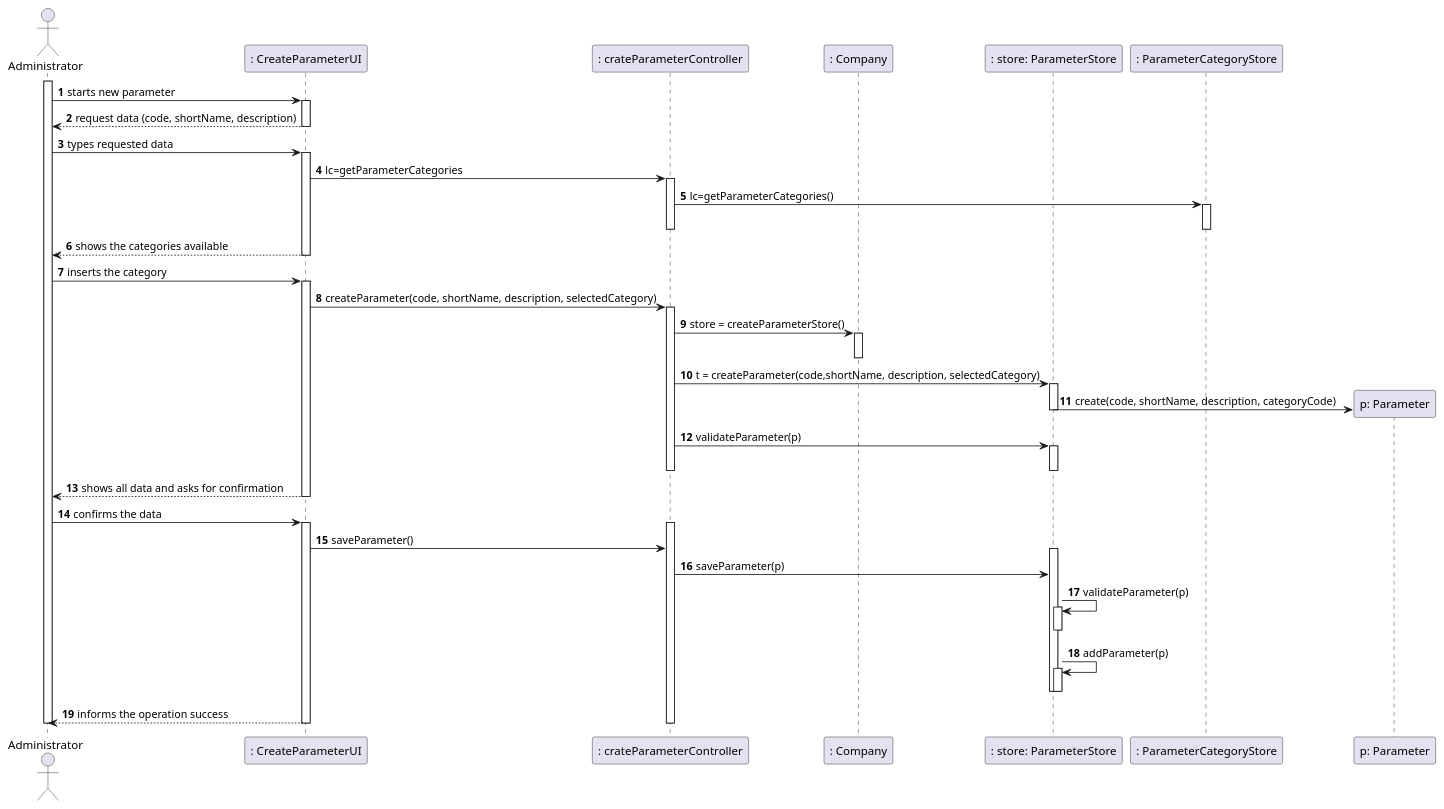
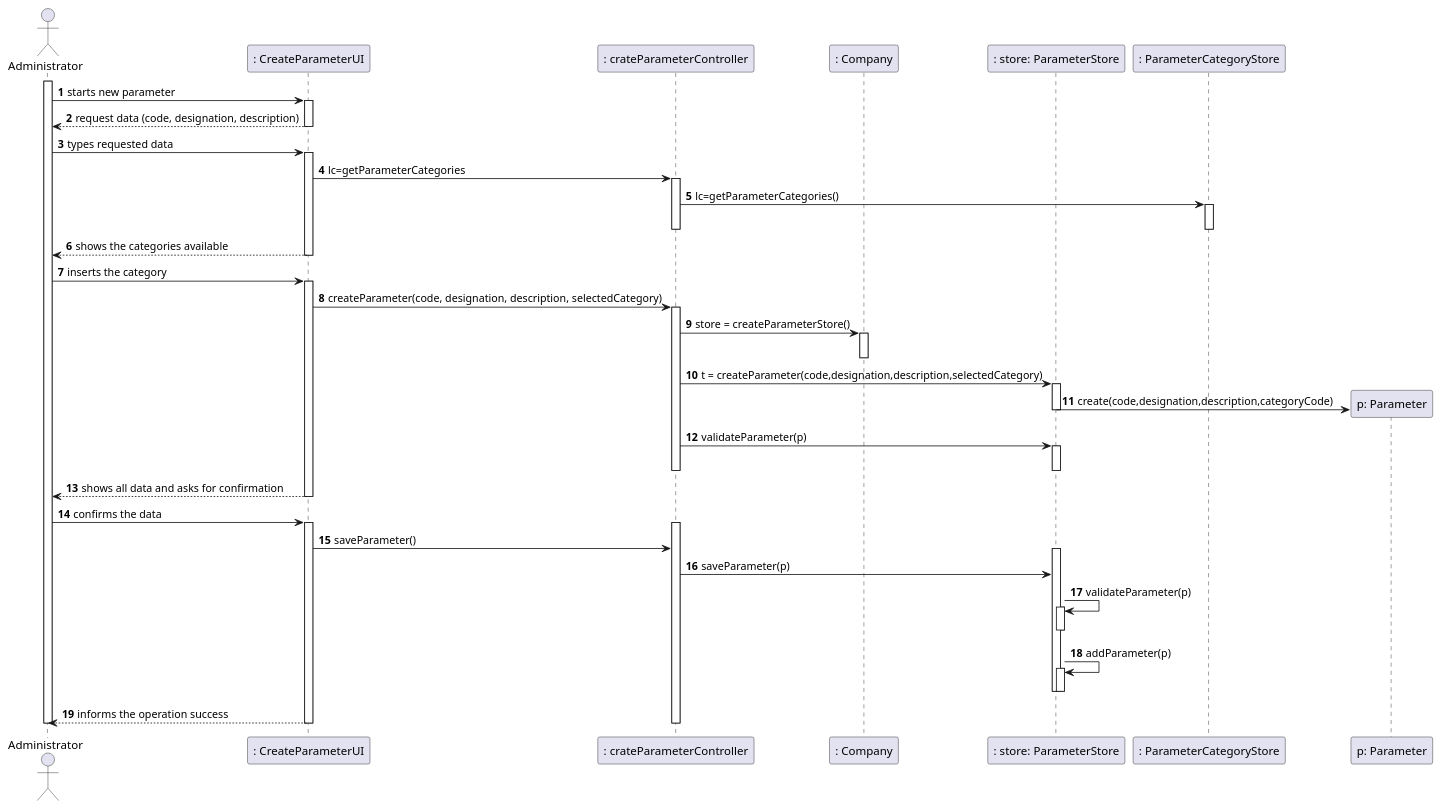
The diagram in docs/SprintB/US10/US10_SD.puml (manu-07-ela/LAPR2_ISEP), drawn with PlantUML before and after one commit. The commit also changed 8 other files, not shown here.

```diff
--- a/docs/SprintB/US10/US10_SD.puml
+++ b/docs/SprintB/US10/US10_SD.puml
@@ -1,69 +1,69 @@
 @startuml
 'https://plantuml.com/sequence-diagram
 
 autonumber
 
 actor "Administrator" as Adm
 
 participant ": CreateParameterUI" as UI
 participant ": crateParameterController" as CTRL
 participant ": Company" as Comp
 participant ": store: ParameterStore" as str
 participant ": ParameterCategoryStore" as PC
 participant "p: Parameter" as PRMT
 
 activate Adm
 
 Adm -> UI: starts new parameter
 activate UI
-UI --> Adm : request data (code, shortName, description)
+UI --> Adm : request data (code, designation, description)
 deactivate UI
 Adm -> UI: types requested data
 activate UI
 UI -> CTRL : lc=getParameterCategories
 activate CTRL
 CTRL -> PC : lc=getParameterCategories()
 activate PC
 deactivate PC
 deactivate CTRL
 UI --> Adm : shows the categories available
 deactivate UI
 
 Adm -> UI: inserts the category
 activate UI
-UI -> CTRL : createParameter(code, shortName, description, selectedCategory)
+UI -> CTRL : createParameter(code, designation, description, selectedCategory)
 activate CTRL
 CTRL -> Comp : store = createParameterStore()
 activate Comp
 deactivate Comp
-CTRL -> str : t = createParameter(code,shortName, description, selectedCategory)
+CTRL -> str : t = createParameter(code,designation,description,selectedCategory)
 activate str
-str -> PRMT** : create(code, shortName, description, categoryCode)
+str -> PRMT** : create(code,designation,description,categoryCode)
 deactivate str
 CTRL -> str : validateParameter(p)
 activate str
 deactivate str
 deactivate CTRL
 UI --> Adm : shows all data and asks for confirmation
 deactivate UI
 
 Adm -> UI: confirms the data
 activate UI
 activate CTRL
 UI -> CTRL : saveParameter()
 activate str
 CTRL -> str : saveParameter(p)
 str -> str : validateParameter(p)
 activate str
 deactivate str
 str ->str : addParameter(p)
 activate str
 deactivate str
 deactivate str
 deactivate str
 UI --> Adm : informs the operation success
 deactivate CTRL
 deactivate UI
 deactivate Adm
 
 @enduml
```
